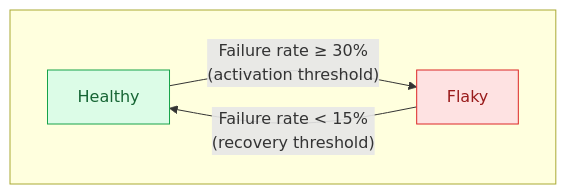
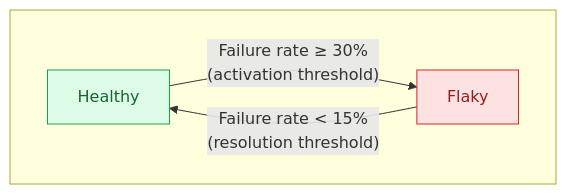
One commit to trunk-io/docs changed the diagram in flaky-tests/detection/threshold-monitor.md. Above: the diagram before and after it, drawn with Mermaid. The commit also changed other lines of this file and 7 other files, not shown here.

````diff
--- a/flaky-tests/detection/threshold-monitor.md
+++ b/flaky-tests/detection/threshold-monitor.md
@@ -48,11 +66,11 @@
 ```mermaid
 graph LR
     subgraph " "
         direction LR
         H["Healthy"] -- "Failure rate ≥ 30%\n(activation threshold)" --> F["Flaky"]
-        F -- "Failure rate < 15%\n(recovery threshold)" --> H
+        F -- "Failure rate < 15%\n(resolution threshold)" --> H
     end
 
     style H fill:#dcfce7,stroke:#16a34a,color:#166534
     style F fill:#fee2e2,stroke:#dc2626,color:#991b1b
 ```
````
